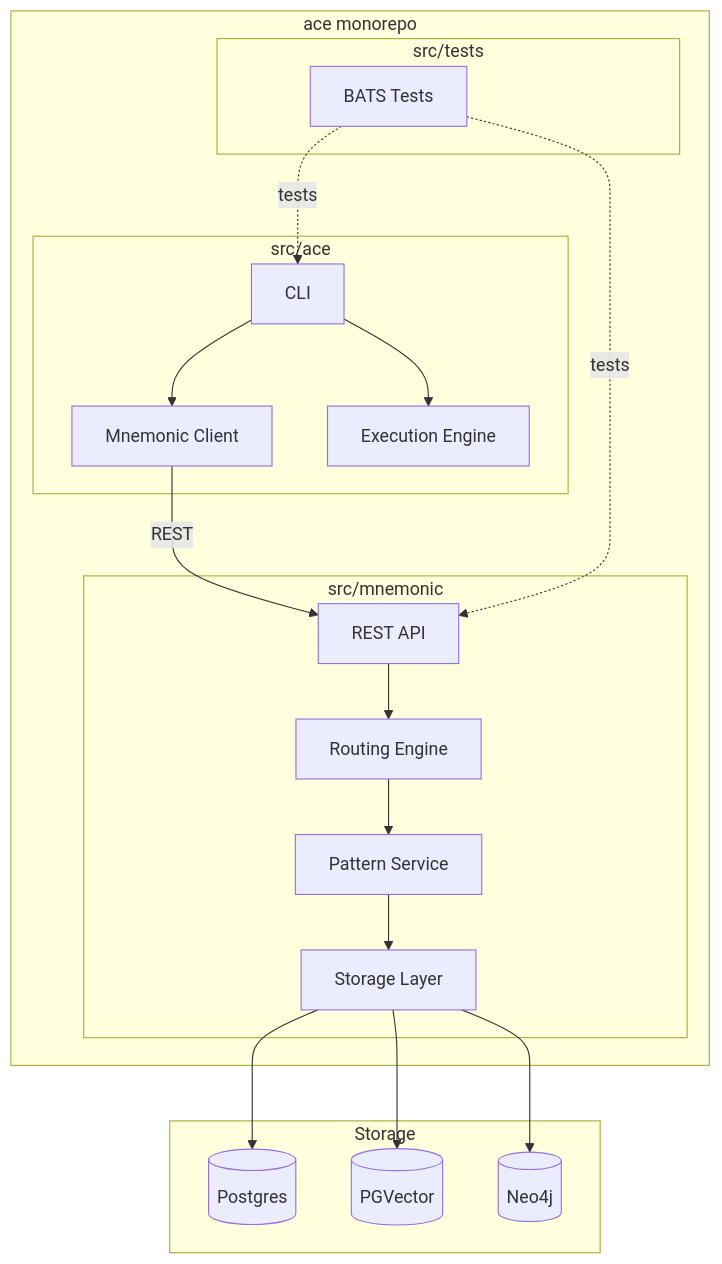
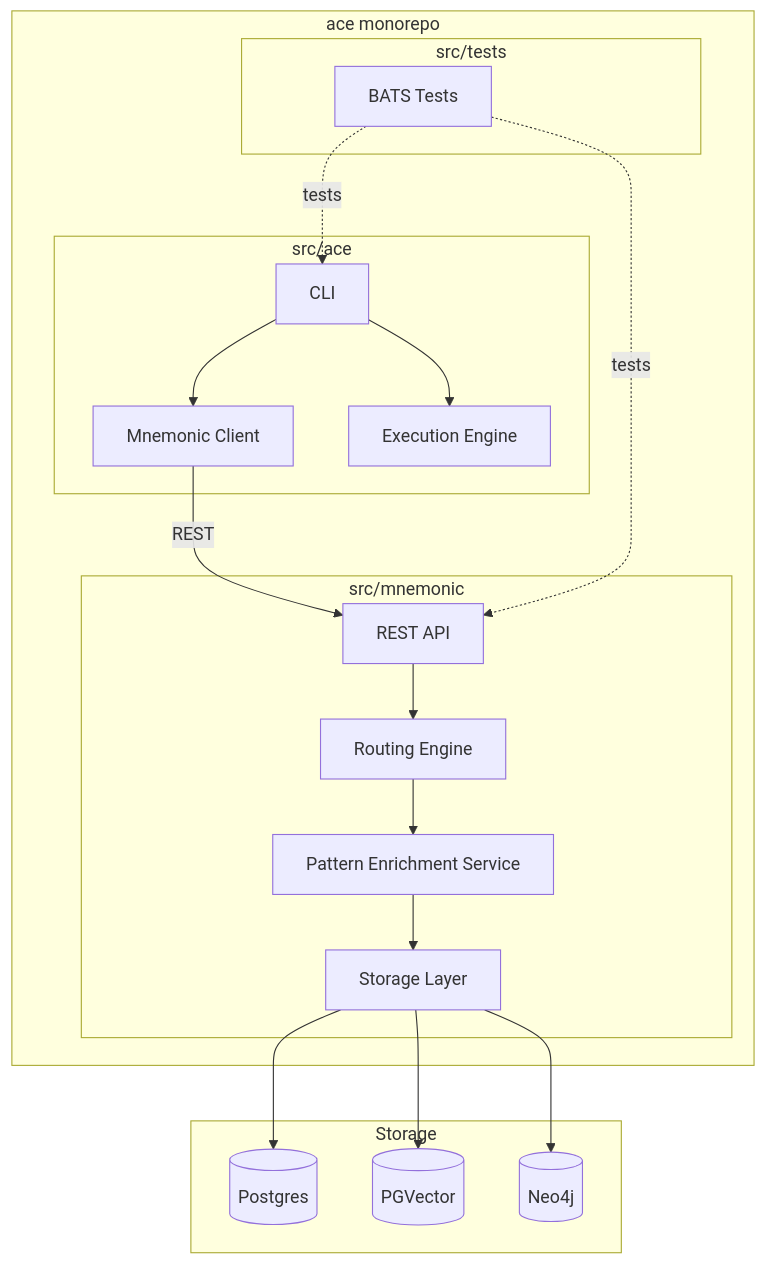
Before and after one commit to twistingmercury/mnemonic-mcp: the first of 2 diagrams in docs/architecture/project-structure.md, drawn with Mermaid. The commit also changed other lines of this file and 14 other files, not shown here.

````diff
--- a/docs/architecture/project-structure.md
+++ b/docs/architecture/project-structure.md
@@ -45,39 +45,39 @@
 ```mermaid
 graph TB
     subgraph "ace monorepo"
         subgraph "src/mnemonic"
             MN_API[REST API]
             MN_ROUTE[Routing Engine]
-            MN_PATTERN[Pattern Service]
+            MN_PATTERN[Pattern Enrichment Service]
             MN_STORAGE[Storage Layer]
         end
 
         subgraph "src/ace"
             ACE_CLI[CLI]
             ACE_CLIENT[Mnemonic Client]
             ACE_EXEC[Execution Engine]
         end
 
         subgraph "src/tests"
             BATS[BATS Tests]
         end
     end
 
     subgraph "Storage"
         PG[(Postgres)]
         PGV[(PGVector)]
         NEO[(Neo4j)]
     end
 
     ACE_CLI --> ACE_CLIENT
     ACE_CLIENT -->|"REST"| MN_API
     ACE_CLI --> ACE_EXEC
     MN_API --> MN_ROUTE
     MN_ROUTE --> MN_PATTERN
     MN_PATTERN --> MN_STORAGE
     MN_STORAGE --> PG
     MN_STORAGE --> PGV
     MN_STORAGE --> NEO
     BATS -.->|"tests"| ACE_CLI
     BATS -.->|"tests"| MN_API
 ```
````
